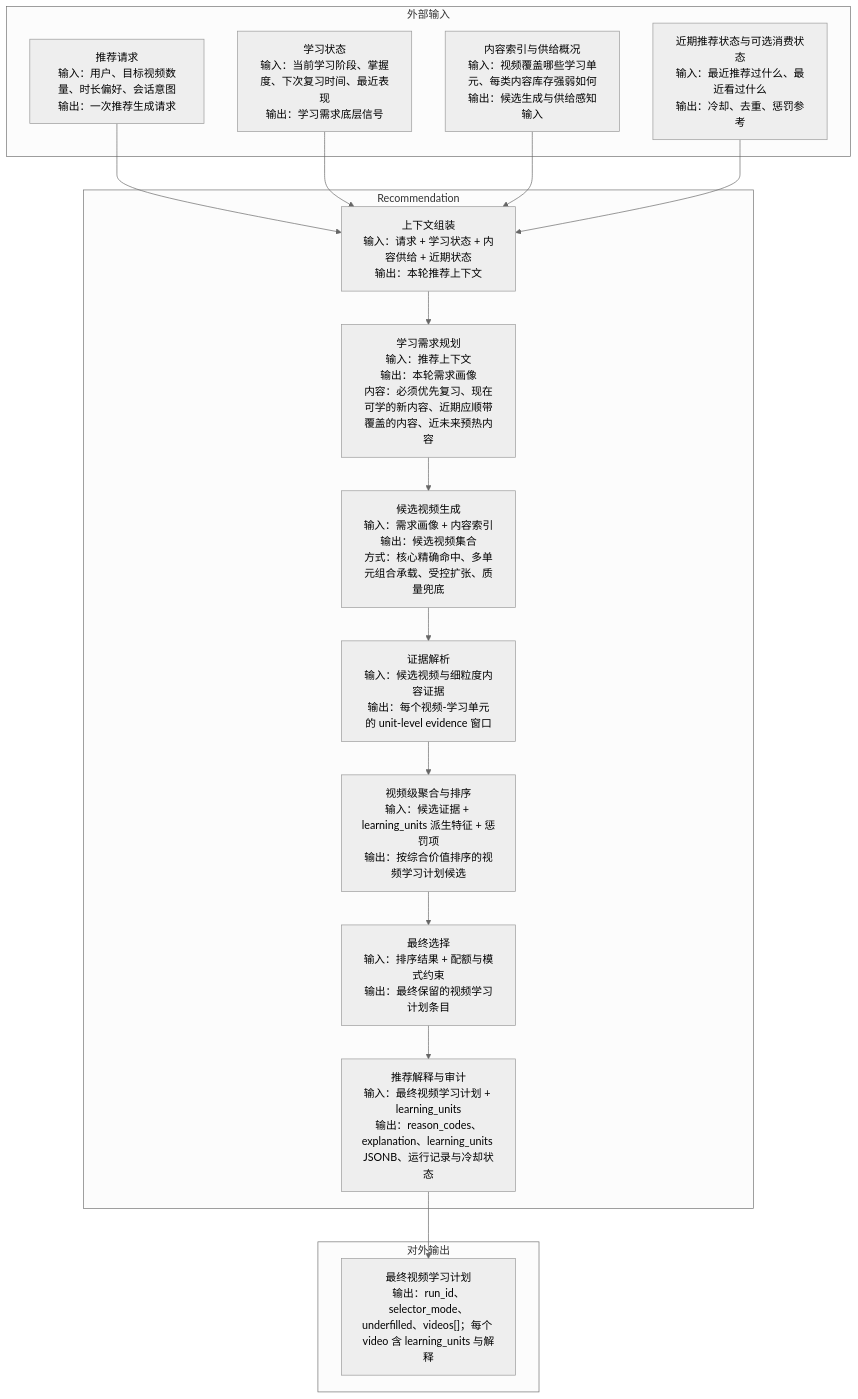
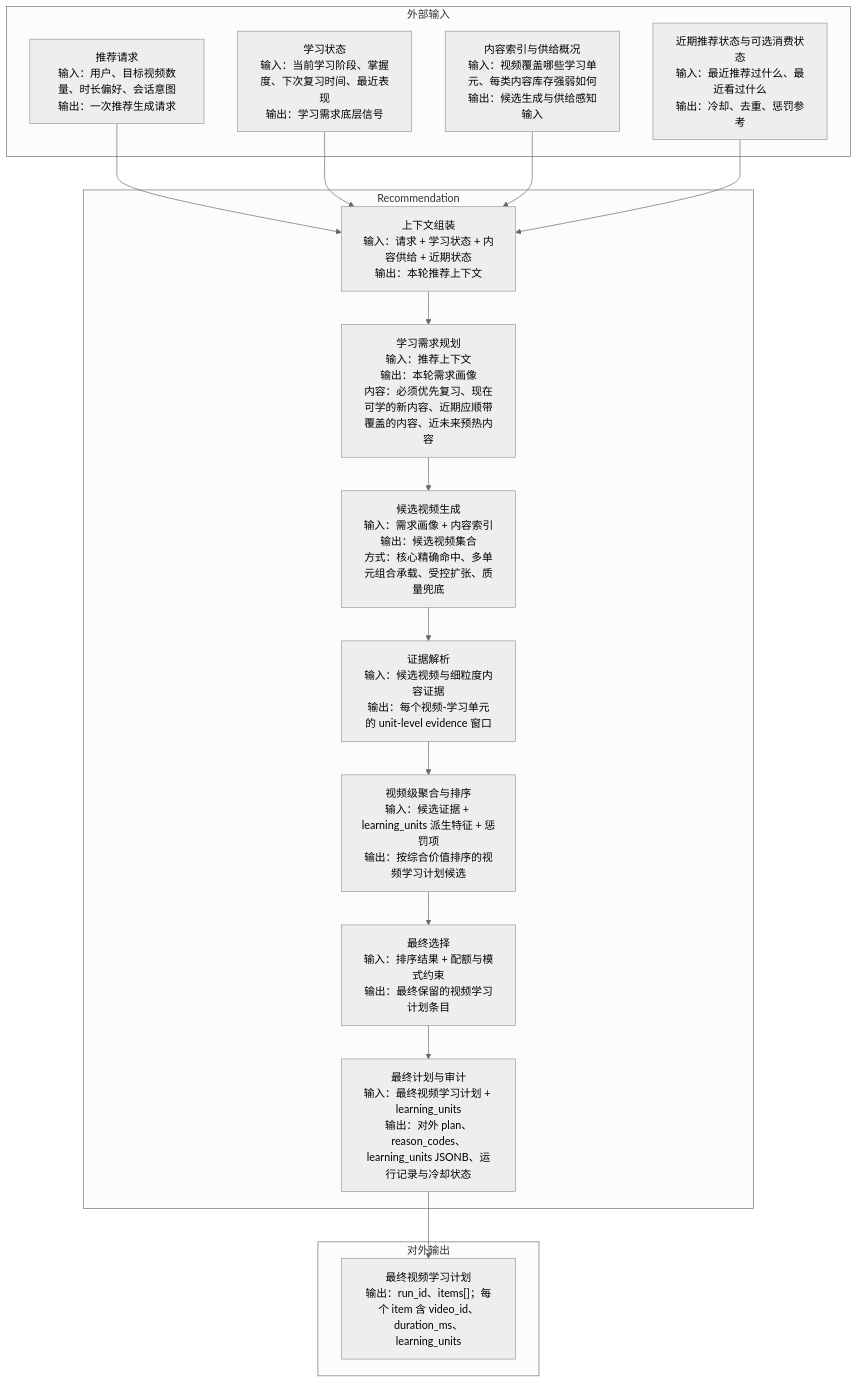
The fourth of 6 diagrams in docs/视频推荐系统设计图.md (bionicotaku/learning-video-recommendation-system), drawn with Mermaid (neutral theme) before and after one commit. The commit also changed other lines of this file and 13 other files, not shown here.

````diff
--- a/docs/视频推荐系统设计图.md
+++ b/docs/视频推荐系统设计图.md
@@ -348,43 +348,43 @@
 ```mermaid
 flowchart TD
 
 subgraph REC_INPUT["外部输入"]
     rec_in1["推荐请求<br/>输入：用户、目标视频数量、时长偏好、会话意图<br/>输出：一次推荐生成请求"]
     rec_in2["学习状态<br/>输入：当前学习阶段、掌握度、下次复习时间、最近表现<br/>输出：学习需求底层信号"]
     rec_in3["内容索引与供给概况<br/>输入：视频覆盖哪些学习单元、每类内容库存强弱如何<br/>输出：候选生成与供给感知输入"]
     rec_in4["近期推荐状态与可选消费状态<br/>输入：最近推荐过什么、最近看过什么<br/>输出：冷却、去重、惩罚参考"]
 end
 
 subgraph REC_CORE["Recommendation"]
     rec_step1["上下文组装<br/>输入：请求 + 学习状态 + 内容供给 + 近期状态<br/>输出：本轮推荐上下文"]
 
     rec_step2["学习需求规划<br/>输入：推荐上下文<br/>输出：本轮需求画像<br/>内容：必须优先复习、现在可学的新内容、近期应顺带覆盖的内容、近未来预热内容"]
 
     rec_step3["候选视频生成<br/>输入：需求画像 + 内容索引<br/>输出：候选视频集合<br/>方式：核心精确命中、多单元组合承载、受控扩张、质量兜底"]
 
     rec_step4["证据解析<br/>输入：候选视频与细粒度内容证据<br/>输出：每个视频-学习单元的 unit-level evidence 窗口"]
 
     rec_step5["视频级聚合与排序<br/>输入：候选证据 + learning_units 派生特征 + 惩罚项<br/>输出：按综合价值排序的视频学习计划候选"]
 
     rec_step6["最终选择<br/>输入：排序结果 + 配额与模式约束<br/>输出：最终保留的视频学习计划条目"]
 
-    rec_step7["推荐解释与审计<br/>输入：最终视频学习计划 + learning_units<br/>输出：reason_codes、explanation、learning_units JSONB、运行记录与冷却状态"]
+    rec_step7["最终计划与审计<br/>输入：最终视频学习计划 + learning_units<br/>输出：对外 plan、reason_codes、learning_units JSONB、运行记录与冷却状态"]
 end
 
 subgraph REC_OUTPUT["对外输出"]
-    rec_out1["最终视频学习计划<br/>输出：run_id、selector_mode、underfilled、videos[]；每个 video 含 learning_units 与解释"]
+    rec_out1["最终视频学习计划<br/>输出：run_id、items[]；每个 item 含 video_id、duration_ms、learning_units"]
 end
 
 rec_in1 --> rec_step1
 rec_in2 --> rec_step1
 rec_in3 --> rec_step1
 rec_in4 --> rec_step1
 
 rec_step1 --> rec_step2
 rec_step2 --> rec_step3
 rec_step3 --> rec_step4
 rec_step4 --> rec_step5
 rec_step5 --> rec_step6
 rec_step6 --> rec_step7
 rec_step7 --> rec_out1
 ```
````
